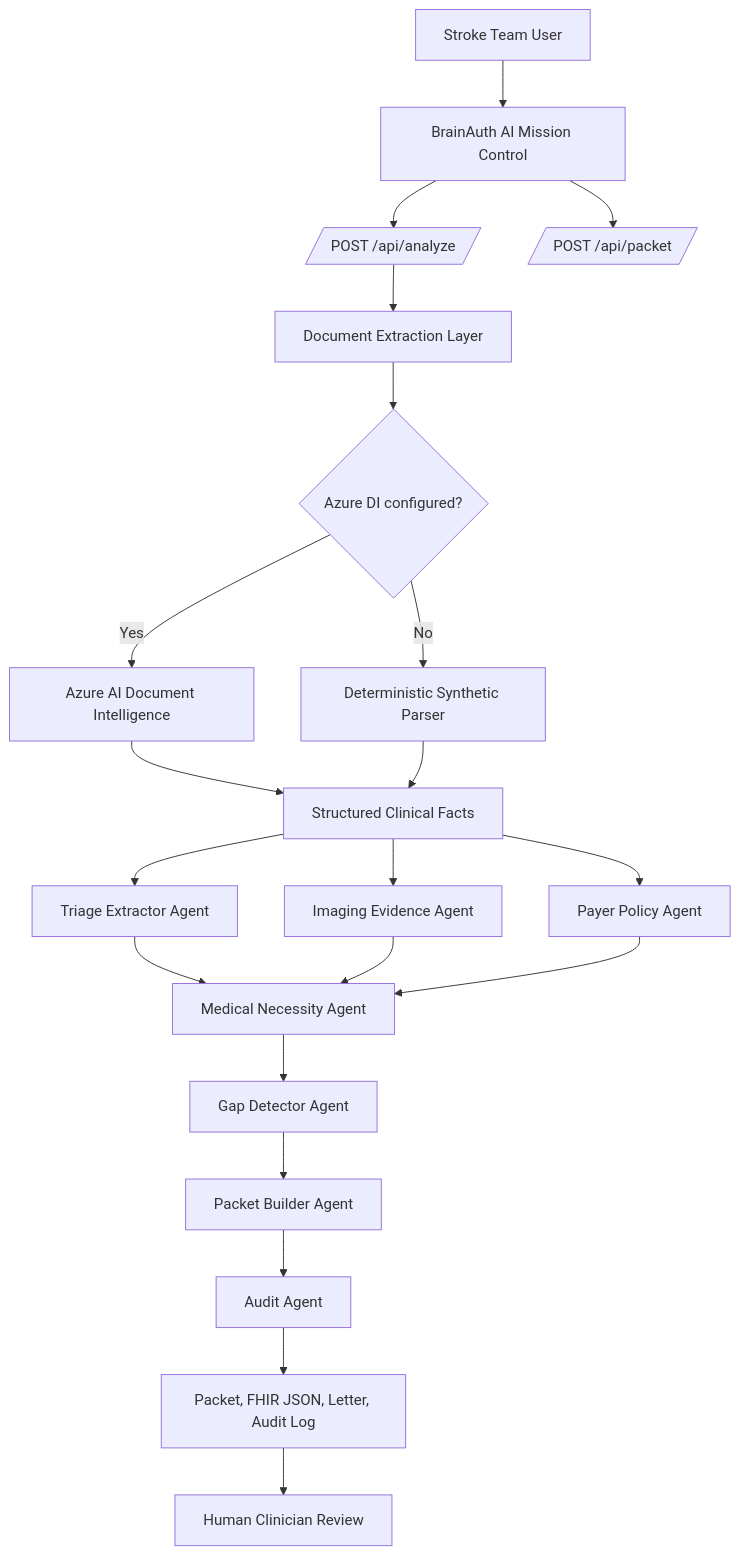
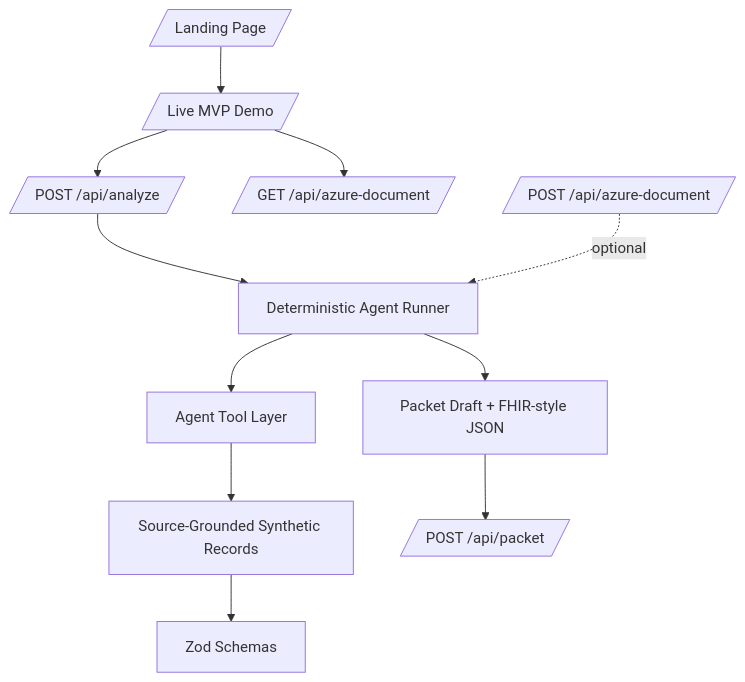
One commit to roshaninfordham/brainauthai changed the first of 2 diagrams in docs/architecture.md. Above: the diagram before and after it, drawn with Mermaid. The commit also changed other lines of this file and 4 other files, not shown here.

Commit message:
docs: add architecture safety demo and startup documentation

````diff
--- a/docs/architecture.md
+++ b/docs/architecture.md
@@ -5,27 +7,13 @@
 ```mermaid
 flowchart TB
-  User[Stroke Team User] --> UI[BrainAuth AI Mission Control]
-  UI --> Analyze[/POST /api/analyze/]
-  UI --> Packet[/POST /api/packet/]
-
-  Analyze --> Extract[Document Extraction Layer]
-  Extract --> Azure{Azure DI configured?}
-  Azure -->|Yes| AIDoc[Azure AI Document Intelligence]
-  Azure -->|No| Demo[Deterministic Synthetic Parser]
-
-  AIDoc --> Facts[Structured Clinical Facts]
-  Demo --> Facts
-
-  Facts --> Triage[Triage Extractor Agent]
-  Facts --> Imaging[Imaging Evidence Agent]
-  Facts --> Policy[Payer Policy Agent]
-
-  Triage --> Necessity[Medical Necessity Agent]
-  Imaging --> Necessity
-  Policy --> Necessity
-  Necessity --> Gaps[Gap Detector Agent]
-  Gaps --> Builder[Packet Builder Agent]
-  Builder --> Audit[Audit Agent]
-  Audit --> Outputs[Packet, FHIR JSON, Letter, Audit Log]
-  Outputs --> Review[Human Clinician Review]
+  Landing[/Landing Page/] --> Demo[/Live MVP Demo/]
+  Demo --> Analyze[/POST /api/analyze/]
+  Demo --> AzureStatus[/GET /api/azure-document/]
+  Analyze --> Runner[Deterministic Agent Runner]
+  Runner --> Tools[Agent Tool Layer]
+  Tools --> Data[Source-Grounded Synthetic Records]
+  Data --> Schemas[Zod Schemas]
+  Runner --> Packet[Packet Draft + FHIR-style JSON]
+  Packet --> Pdf[/POST /api/packet/]
+  Azure[/POST /api/azure-document/] -. optional .-> Runner
 ```
````
